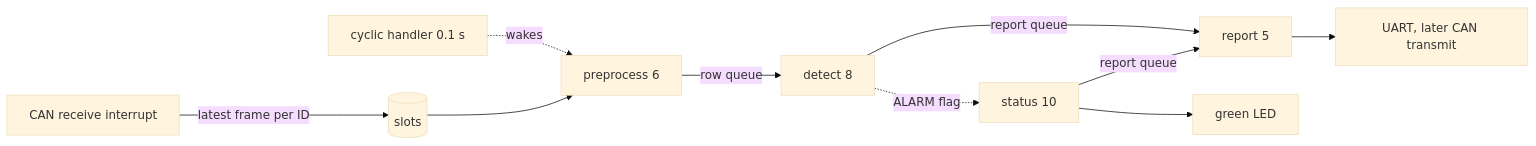
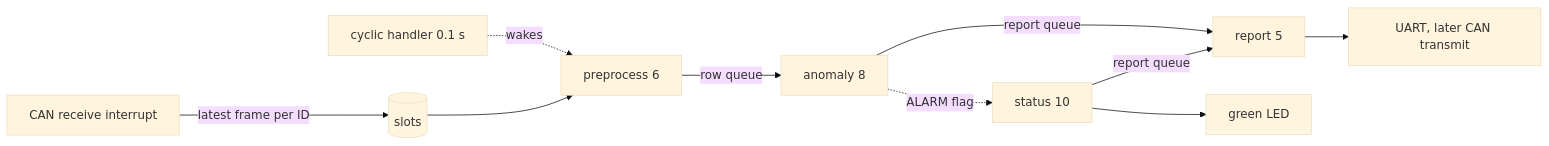
The diagram in board/docs/goal.md (asana17/ai_can_anomaly_detection), drawn with Mermaid (base theme) before and after one commit. The commit also changed other lines of this file, not shown here.

Commit message:
docs(board): rename the detect task to the anomaly task

````diff
--- a/board/docs/goal.md
+++ b/board/docs/goal.md
@@ -20,12 +20,12 @@
 ```mermaid
 flowchart LR
     CAN[CAN receive interrupt] -->|latest frame per ID| SLOT[(slots)]
     CYC[cyclic handler 0.1 s] -. wakes .-> PRE[preprocess 6]
     SLOT --> PRE
-    PRE -->|row queue| DET[detect 8]
+    PRE -->|row queue| DET[anomaly 8]
     DET -->|report queue| REP[report 5]
     REP --> OUT[UART, later CAN transmit]
     DET -. ALARM flag .-> STA[status 10]
     STA -->|report queue| REP
     STA --> LED[green LED]
 ```
````
